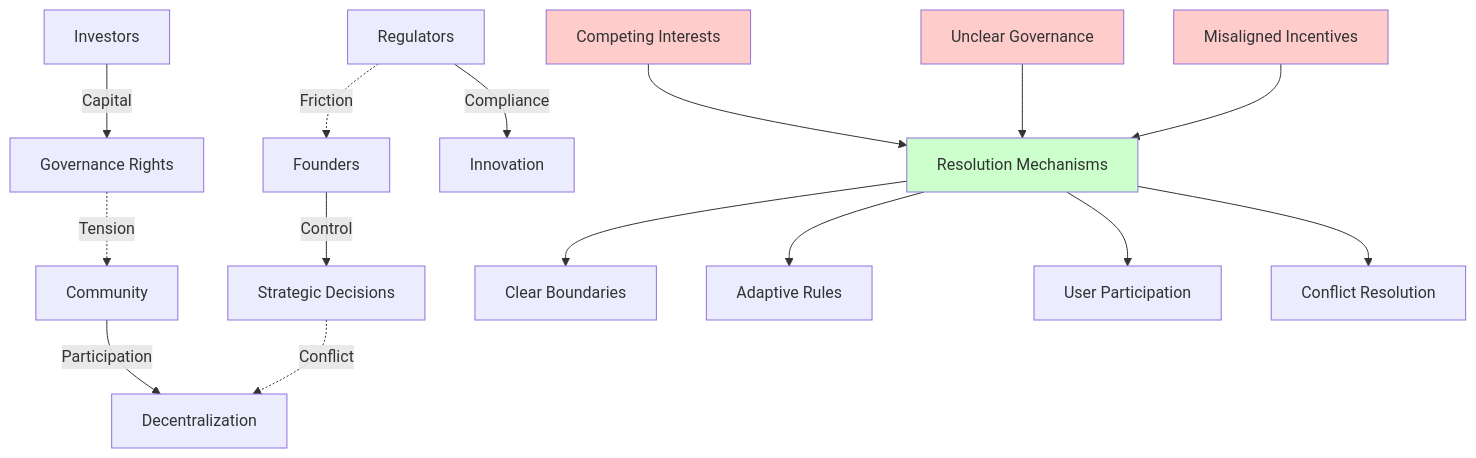
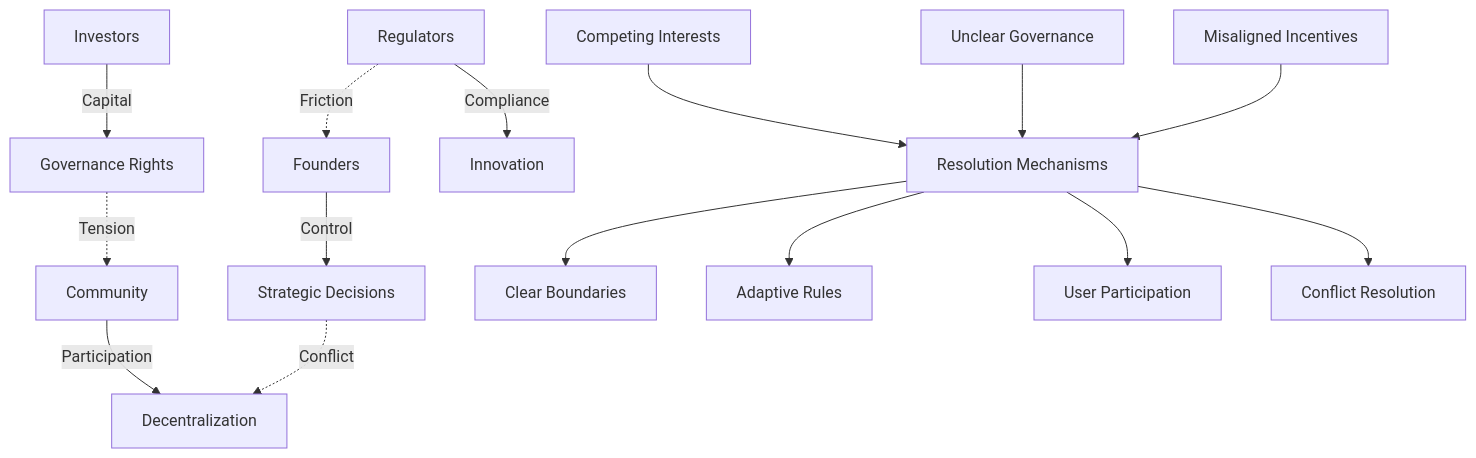
Before and after one commit to ljg-cqu/knowledge: the fourth of 23 diagrams in Industry/Blockchain/Blockchain/ValueChain/QA_MistralAI.md, drawn with Mermaid. The commit also changed other lines of this file, not shown here.

Commit message:
Enhance value chain analysis in QA_MistralAI.md by refining flow diagrams and adding key characteristics. Improved clarity on capital cycles, fee flows, and governance mechanisms to better illustrate stakeholder interactions and regulatory impacts.

````diff
--- a/Industry/Blockchain/Blockchain/ValueChain/QA_MistralAI.md
+++ b/Industry/Blockchain/Blockchain/ValueChain/QA_MistralAI.md
@@ -280,29 +303,25 @@
 ```mermaid
 graph TD
     A[Founders] -->|Control| B[Strategic Decisions]
     C[Investors] -->|Capital| D[Governance Rights]
     E[Community] -->|Participation| F[Decentralization]
     G[Regulators] -->|Compliance| H[Innovation]
     
     B -.->|Conflict| F
     D -.->|Tension| E
     G -.->|Friction| A
     
     I[Competing Interests]
     J[Unclear Governance]
     K[Misaligned Incentives]
     
     I --> L[Resolution Mechanisms]
     J --> L
     K --> L
     
     L --> M[Clear Boundaries]
     L --> N[Adaptive Rules]
     L --> O[User Participation]
     L --> P[Conflict Resolution]
     
-    style I fill:#ffcccc
-    style J fill:#ffcccc
-    style K fill:#ffcccc
-    style L fill:#ccffcc
 ```
````
